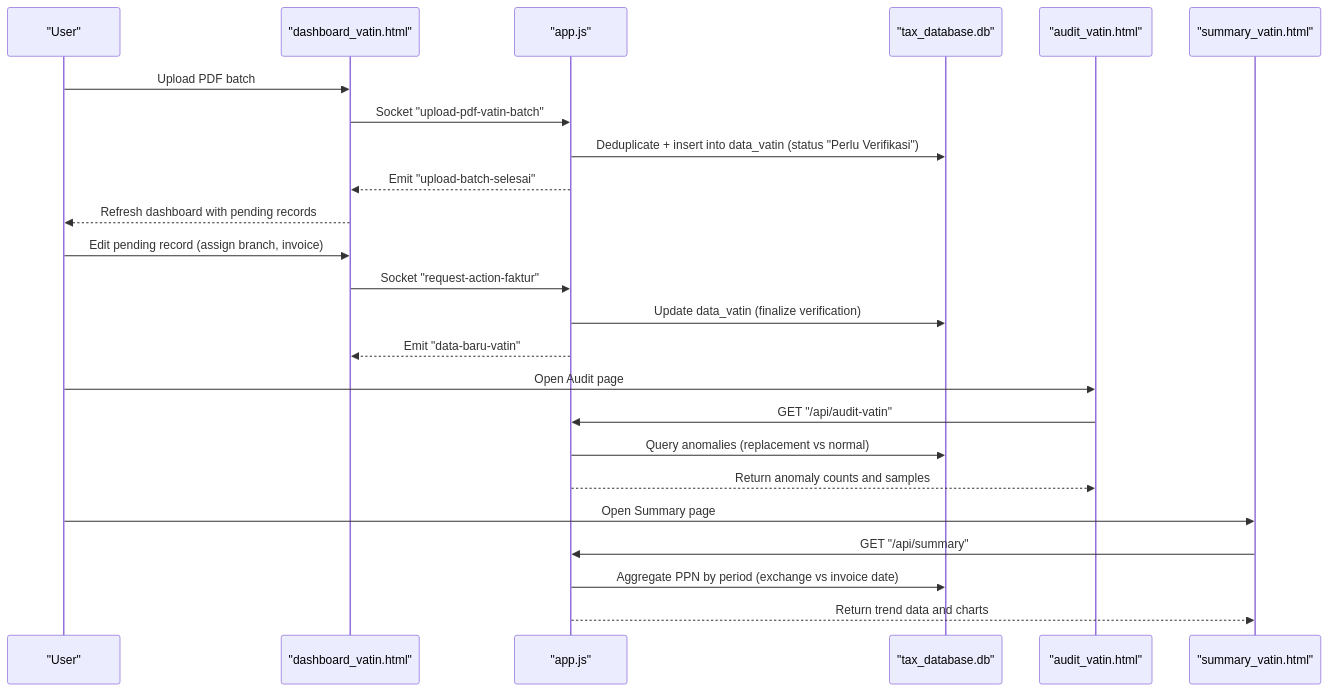
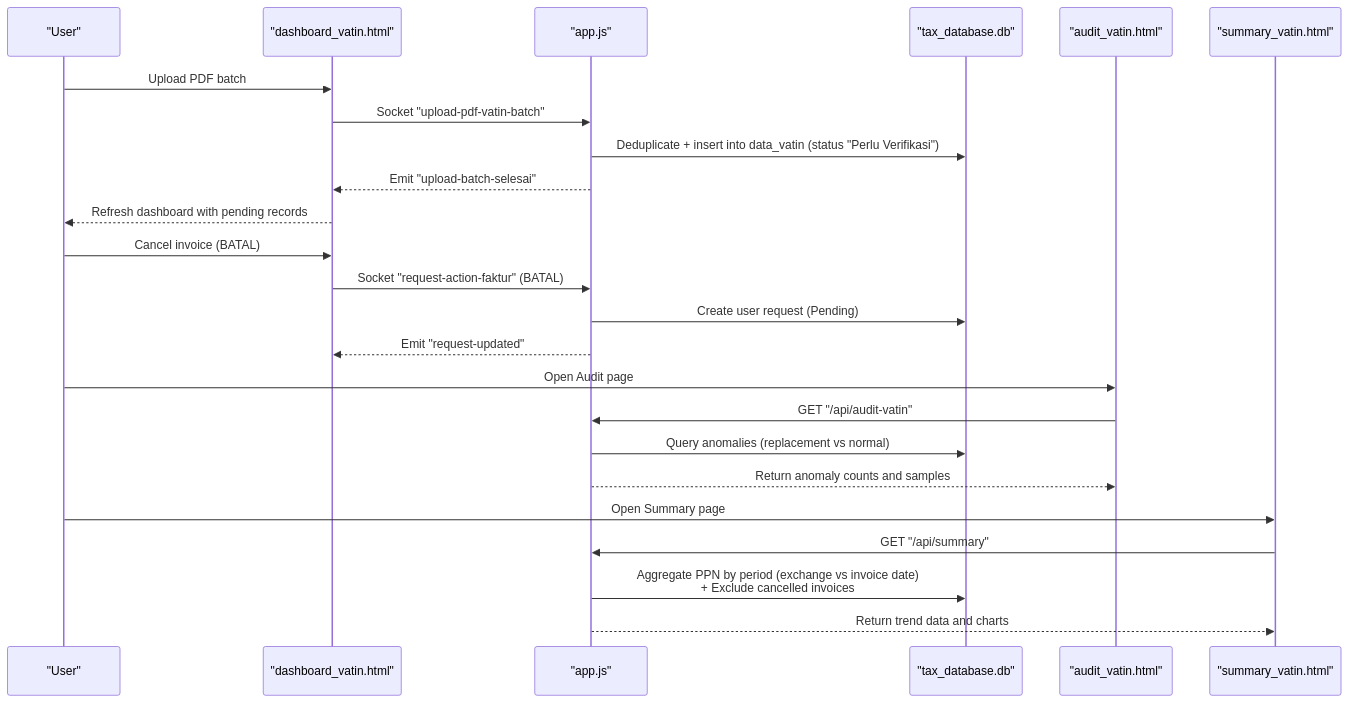
One commit to rendisiagian/TDS_by_RENDISIAGIAN changed the second of 6 diagrams in .qoder/repowiki/en/content/VAT Management System/VAT Input (VAT IN).md. Above: the diagram before and after it, drawn with Mermaid. The commit also changed other lines of this file and 38 other files, not shown here.

````diff
--- a/.qoder/repowiki/en/content/VAT Management System/VAT Input (VAT IN).md
+++ b/.qoder/repowiki/en/content/VAT Management System/VAT Input (VAT IN).md
@@ -84,26 +96,26 @@
 ```mermaid
 sequenceDiagram
 participant U as "User"
 participant UI as "dashboard_vatin.html"
 participant API as "app.js"
 participant DB as "tax_database.db"
 participant AUD as "audit_vatin.html"
 participant SUM as "summary_vatin.html"
 U->>UI : Upload PDF batch
 UI->>API : Socket "upload-pdf-vatin-batch"
 API->>DB : Deduplicate + insert into data_vatin (status "Perlu Verifikasi")
 API-->>UI : Emit "upload-batch-selesai"
 UI-->>U : Refresh dashboard with pending records
-U->>UI : Edit pending record (assign branch, invoice)
-UI->>API : Socket "request-action-faktur"
-API->>DB : Update data_vatin (finalize verification)
-API-->>UI : Emit "data-baru-vatin"
+U->>UI : Cancel invoice (BATAL)
+UI->>API : Socket "request-action-faktur" (BATAL)
+API->>DB : Create user request (Pending)
+API-->>UI : Emit "request-updated"
 U->>AUD : Open Audit page
 AUD->>API : GET "/api/audit-vatin"
 API->>DB : Query anomalies (replacement vs normal)
 API-->>AUD : Return anomaly counts and samples
 U->>SUM : Open Summary page
 SUM->>API : GET "/api/summary"
-API->>DB : Aggregate PPN by period (exchange vs invoice date)
+API->>DB : Aggregate PPN by period (exchange vs invoice date)<br/>+ Exclude cancelled invoices
 API-->>SUM : Return trend data and charts
 ```
````
